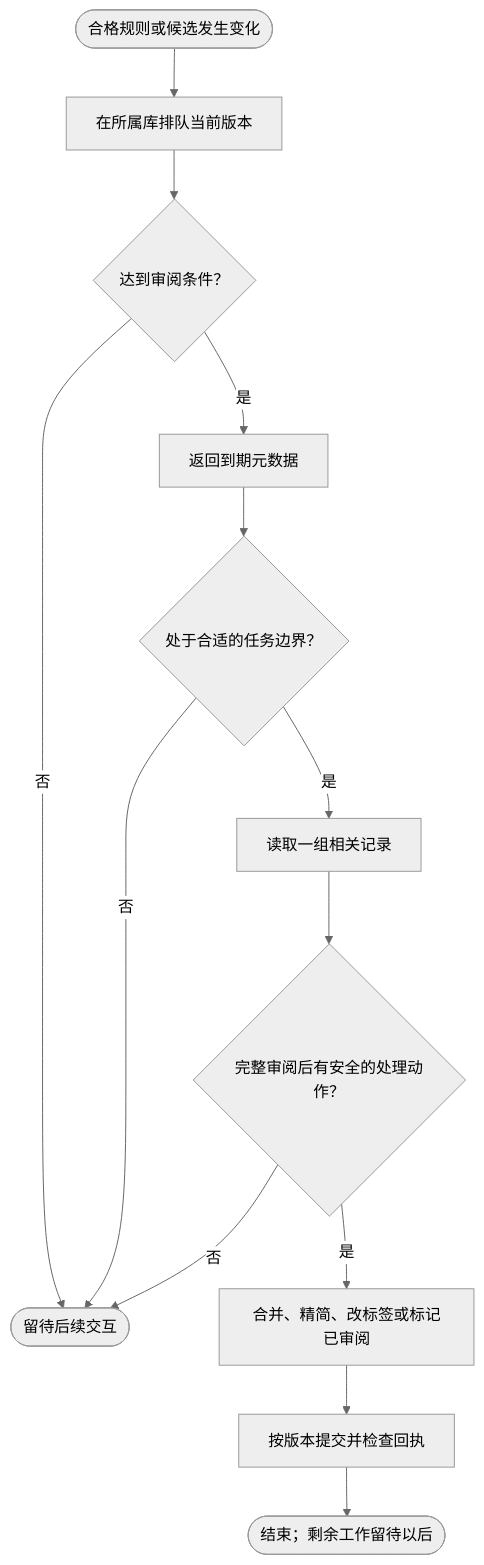
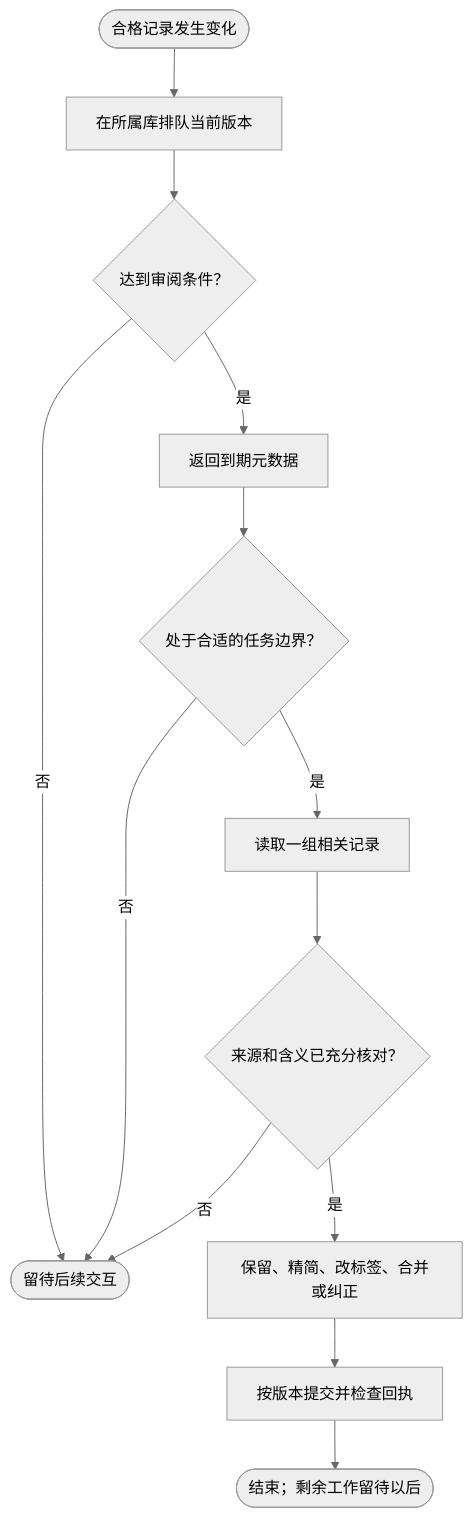
One commit to chrisstarr7/dev-memory changed the second of 2 diagrams in docs/readme/README.zh-CN.md. Above: the diagram before and after it, drawn with Mermaid (neutral theme). The commit also changed other lines of this file and 7 other files, not shown here.

````diff
--- a/docs/readme/README.zh-CN.md
+++ b/docs/readme/README.zh-CN.md
@@ -85,15 +114,15 @@
 ```mermaid
 flowchart TD
-    S([合格规则或候选发生变化]) --> Q[在所属库排队当前版本]
+    S([合格记录发生变化]) --> Q[在所属库排队当前版本]
     Q --> D{达到审阅条件？}
     D -->|否| L([留待后续交互])
     D -->|是| M[返回到期元数据]
     M --> B{处于合适的任务边界？}
     B -->|否| L
     B -->|是| R[读取一组相关记录]
-    R --> C{完整审阅后有安全的处理动作？}
+    R --> C{来源和含义已充分核对？}
     C -->|否| L
-    C -->|是| A[合并、精简、改标签或标记已审阅]
+    C -->|是| A[保留、精简、改标签、合并或纠正]
     A --> F[按版本提交并检查回执]
     F --> E([结束；剩余工作留待以后])
 ```
````
